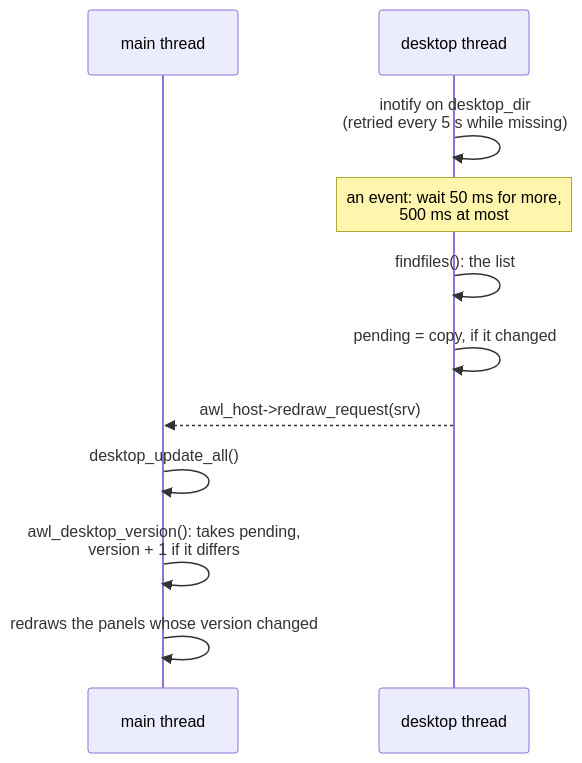
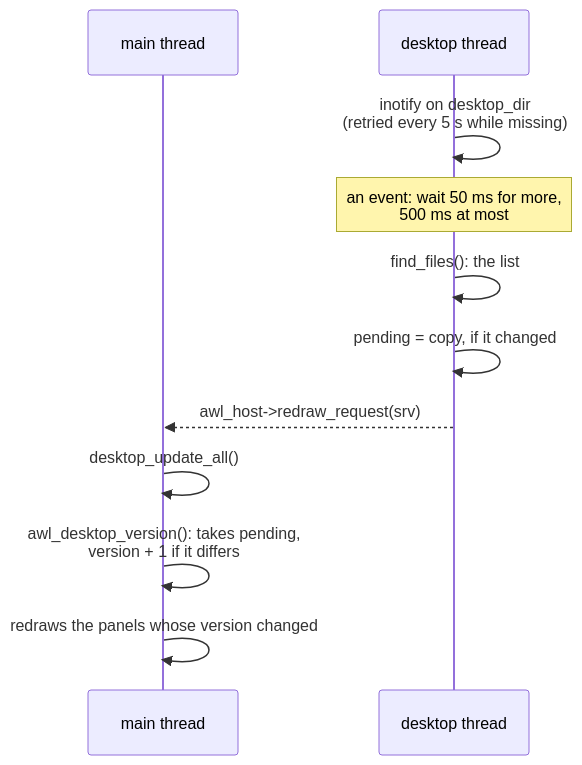
Before and after one commit to alcubierre-drive/awl: the seventh of 8 diagrams in doc/threads.rst, drawn with Mermaid. The commit also changed other lines of this file and 132 other files, not shown here.

```diff
--- a/doc/threads.rst
+++ b/doc/threads.rst
@@ -305,13 +305,13 @@
 .. mermaid::
 
    sequenceDiagram
      participant M as main thread
      participant S as desktop thread
      S->>S: inotify on desktop_dir<br/>(retried every 5 s while missing)
      Note over S: an event: wait 50 ms for more,<br/>500 ms at most
-     S->>S: findfiles(): the list
+     S->>S: find_files(): the list
      S->>S: pending = copy, if it changed
      S-->>M: awl_host->redraw_request(srv)
      M->>M: desktop_update_all()
      M->>M: awl_desktop_version(): takes pending,<br/>version + 1 if it differs
      M->>M: redraws the panels whose version changed
```
